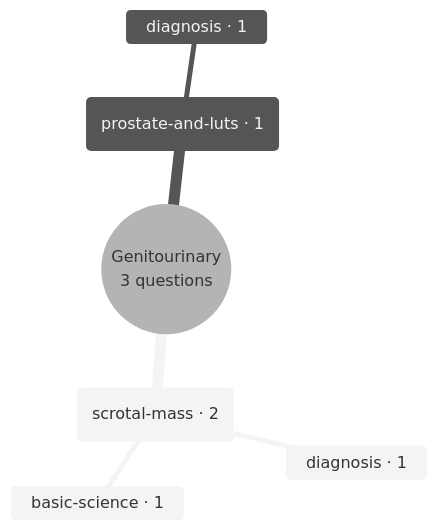
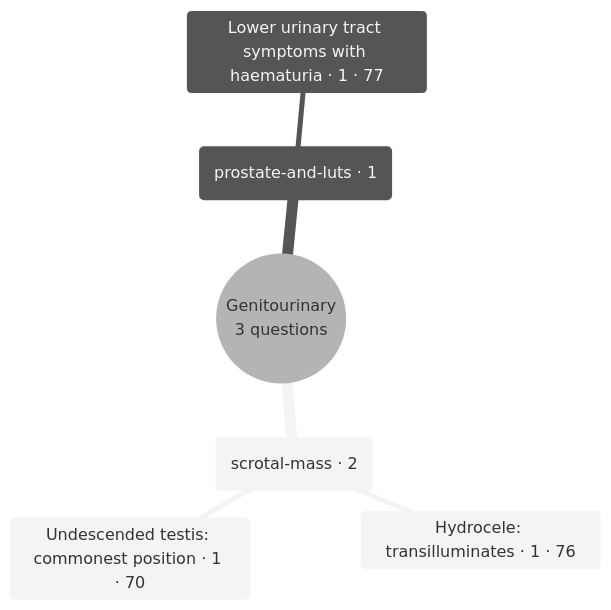
Before and after one commit to playerplayrh/surgery-year-4: the diagram in exam-map/mind-maps/genitourinary.md, drawn with Mermaid (neutral theme). The commit also changed other lines of this file and 41 other files, not shown here.

First line of the commit message:
Exam tags: add concept field; mind maps show concept leaves with counts and cohorts

````diff
--- a/exam-map/mind-maps/genitourinary.md
+++ b/exam-map/mind-maps/genitourinary.md
@@ -14,9 +14,9 @@
 ```mermaid
 mindmap
   root((Genitourinary<br>3 questions))
     (scrotal-mass · 2)
-      diagnosis · 1
-      basic-science · 1
+      Hydrocele: transilluminates · 1 · 76
+      Undescended testis: commonest position · 1 · 70
     (prostate-and-luts · 1)
-      diagnosis · 1
+      Lower urinary tract symptoms with haematuria · 1 · 77
 ```
````
